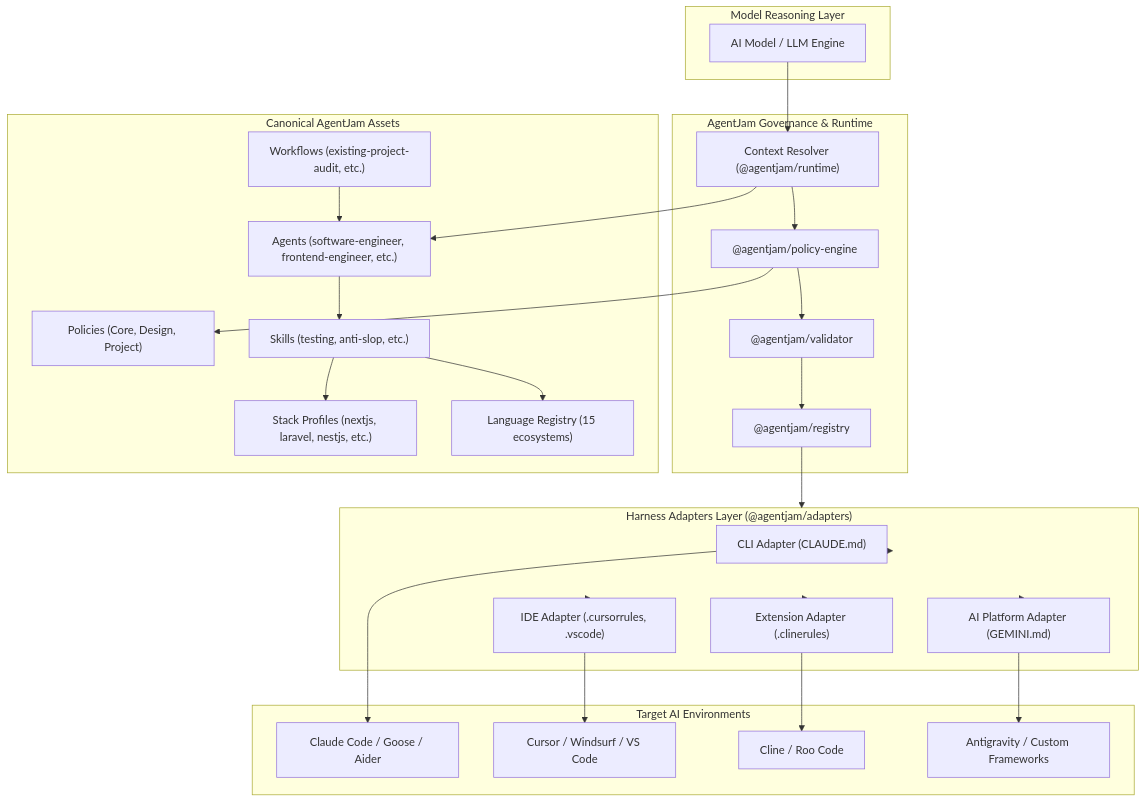
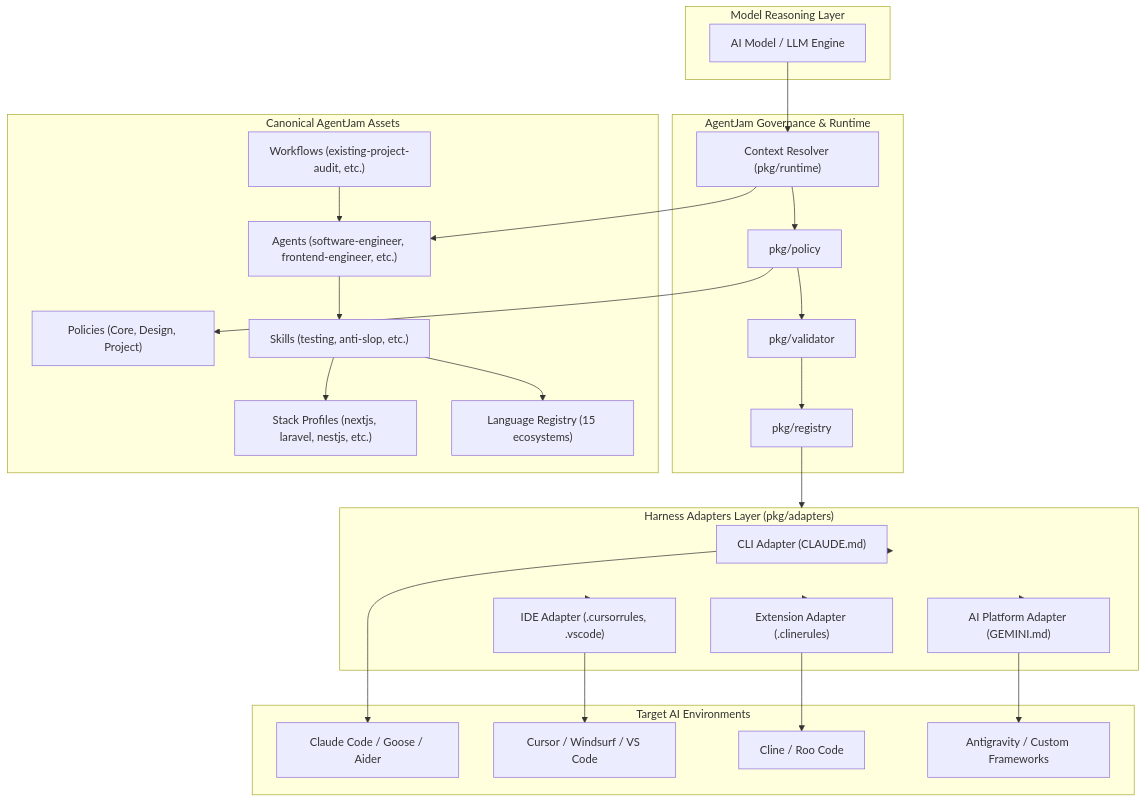
The diagram in README.md (primasdevlabs/agentjam), drawn with Mermaid before and after one commit. The commit also changed other lines of this file and 11 other files, not shown here.

````diff
--- a/README.md
+++ b/README.md
@@ -150,59 +150,59 @@
 ```mermaid
 flowchart TD
     subgraph Inputs["Model Reasoning Layer"]
         LLM["AI Model / LLM Engine"]
     end
 
     subgraph Core["AgentJam Governance & Runtime"]
-        PE["@agentjam/policy-engine"]
-        CR["Context Resolver (@agentjam/runtime)"]
-        VAL["@agentjam/validator"]
-        REG["@agentjam/registry"]
+        PE["pkg/policy"]
+        CR["Context Resolver (pkg/runtime)"]
+        VAL["pkg/validator"]
+        REG["pkg/registry"]
     end
 
     subgraph Canonical["Canonical AgentJam Assets"]
         POL["Policies (Core, Design, Project)"]
         AG["Agents (software-engineer, frontend-engineer, etc.)"]
         SK["Skills (testing, anti-slop, etc.)"]
         WF["Workflows (existing-project-audit, etc.)"]
         ST["Stack Profiles (nextjs, laravel, nestjs, etc.)"]
         LANG["Language Registry (15 ecosystems)"]
     end
 
-    subgraph Export["Harness Adapters Layer (@agentjam/adapters)"]
+    subgraph Export["Harness Adapters Layer (pkg/adapters)"]
         AD_CLI["CLI Adapter (CLAUDE.md)"]
         AD_IDE["IDE Adapter (.cursorrules, .vscode)"]
         AD_EXT["Extension Adapter (.clinerules)"]
         AD_PLAT["AI Platform Adapter (GEMINI.md)"]
     end
 
     subgraph Targets["Target AI Environments"]
         T_CLAUDE["Claude Code / Goose / Aider"]
         T_CURSOR["Cursor / Windsurf / VS Code"]
         T_CLINE["Cline / Roo Code"]
         T_ANTIGRAVITY["Antigravity / Custom Frameworks"]
     end
 
     LLM --> CR
     CR --> PE
     PE --> POL
     CR --> AG
     AG --> SK
     SK --> ST
     SK --> LANG
     WF --> AG
 
     PE --> VAL
     VAL --> REG
     REG --> Export
 
     Export --> AD_CLI
     Export --> AD_IDE
     Export --> AD_EXT
     Export --> AD_PLAT
 
     AD_CLI --> T_CLAUDE
     AD_IDE --> T_CURSOR
     AD_EXT --> T_CLINE
     AD_PLAT --> T_ANTIGRAVITY
 ```
````
